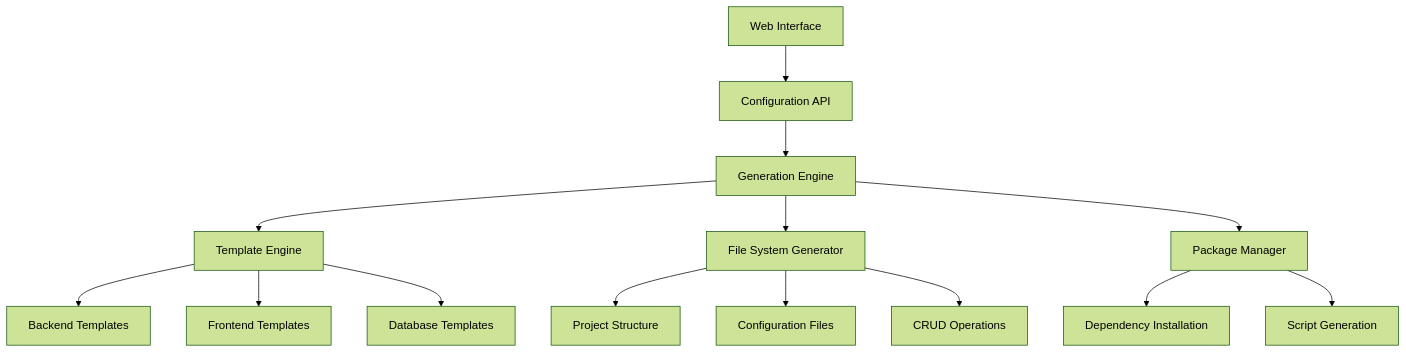
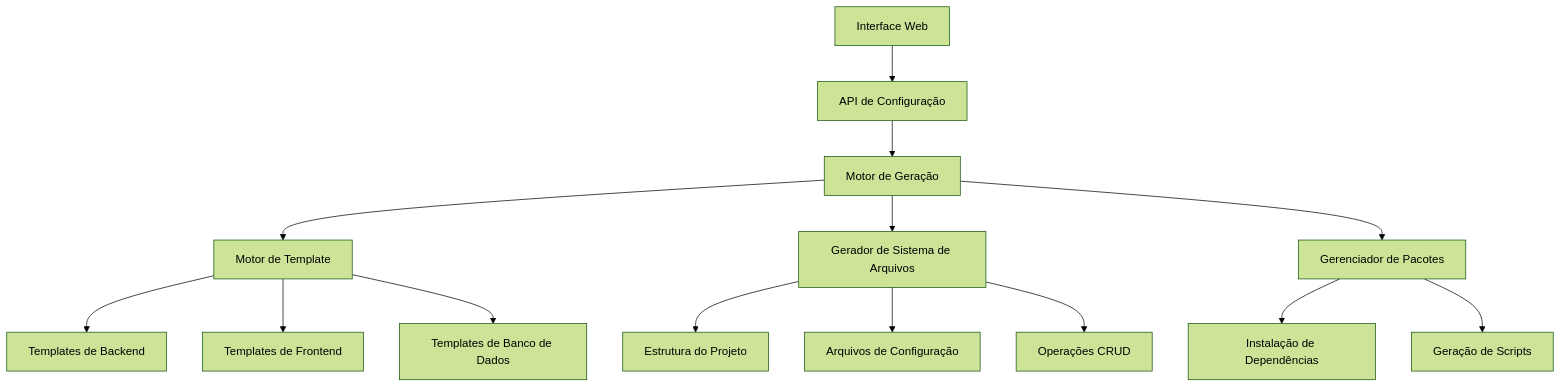
One commit to gumiranda/crazynator changed the diagram in specs/bun-project-generator/design.md. Above: the diagram before and after it, drawn with Mermaid (forest theme). The commit also changed other lines of this file and 9 other files, not shown here.

````diff
--- a/specs/bun-project-generator/design.md
+++ b/specs/bun-project-generator/design.md
@@ -17,19 +17,19 @@
 ```mermaid
 graph TB
-    A[Web Interface] --> B[Configuration API]
-    B --> C[Generation Engine]
-    C --> D[Template Engine]
-    C --> E[File System Generator]
-    C --> F[Package Manager]
+    A[Interface Web] --> B[API de Configuração]
+    B --> C[Motor de Geração]
+    C --> D[Motor de Template]
+    C --> E[Gerador de Sistema de Arquivos]
+    C --> F[Gerenciador de Pacotes]
 
-    D --> G[Backend Templates]
-    D --> H[Frontend Templates]
-    D --> I[Database Templates]
+    D --> G[Templates de Backend]
+    D --> H[Templates de Frontend]
+    D --> I[Templates de Banco de Dados]
 
-    E --> J[Project Structure]
-    E --> K[Configuration Files]
-    E --> L[CRUD Operations]
+    E --> J[Estrutura do Projeto]
+    E --> K[Arquivos de Configuração]
+    E --> L[Operações CRUD]
 
-    F --> M[Dependency Installation]
-    F --> N[Script Generation]
+    F --> M[Instalação de Dependências]
+    F --> N[Geração de Scripts]
 ```
````
